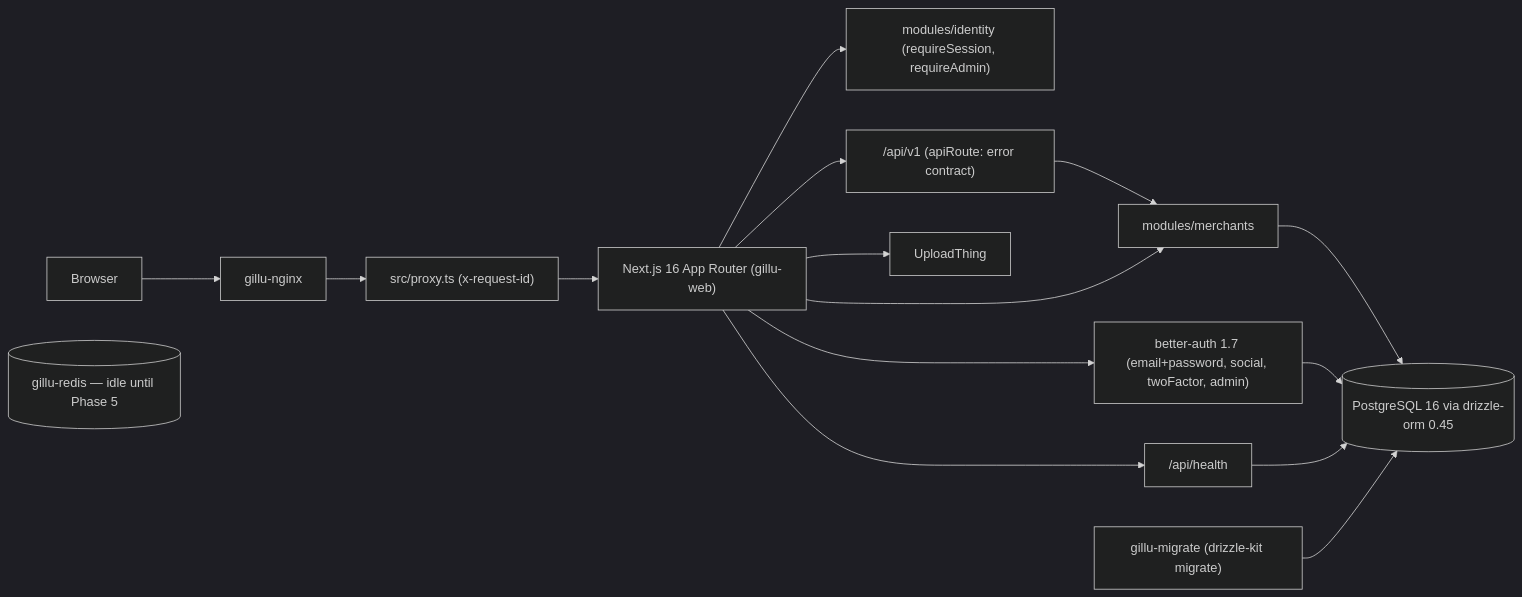
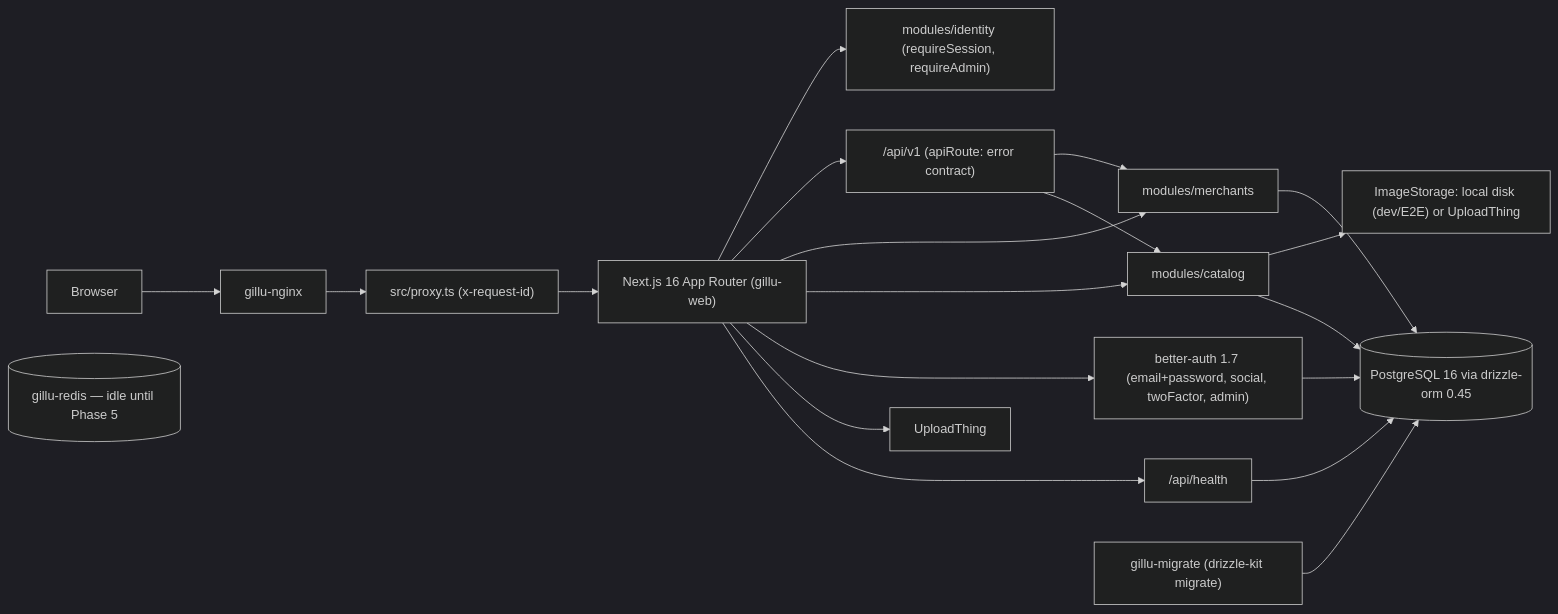
One commit to harshrraj4937/mvmp changed the diagram in docs/architecture.md. Above: the diagram before and after it, drawn with Mermaid (dark theme). The commit also changed other lines of this file and 8 other files, not shown here.

````diff
--- a/docs/architecture.md
+++ b/docs/architecture.md
@@ -16,18 +17,22 @@
 ```mermaid
 flowchart LR
     B["Browser"] --> NG["gillu-nginx"]
     NG --> PX["src/proxy.ts (x-request-id)"]
     PX --> N["Next.js 16 App Router (gillu-web)"]
     N --> ID["modules/identity (requireSession, requireAdmin)"]
     N --> API["/api/v1 (apiRoute: error contract)"]
     API --> M["modules/merchants"]
+    API --> C["modules/catalog"]
     N --> M
+    N --> C
+    C --> IS["ImageStorage: local disk (dev/E2E) or UploadThing"]
     M --> DB
+    C --> DB
     N --> BA["better-auth 1.7 (email+password, social, twoFactor, admin)"]
     N --> UT["UploadThing"]
     N --> H["/api/health"]
     BA --> DB[("PostgreSQL 16 via drizzle-orm 0.45")]
     H --> DB
     MIG["gillu-migrate (drizzle-kit migrate)"] --> DB
     R[("gillu-redis — idle until Phase 5")]
 ```
````
